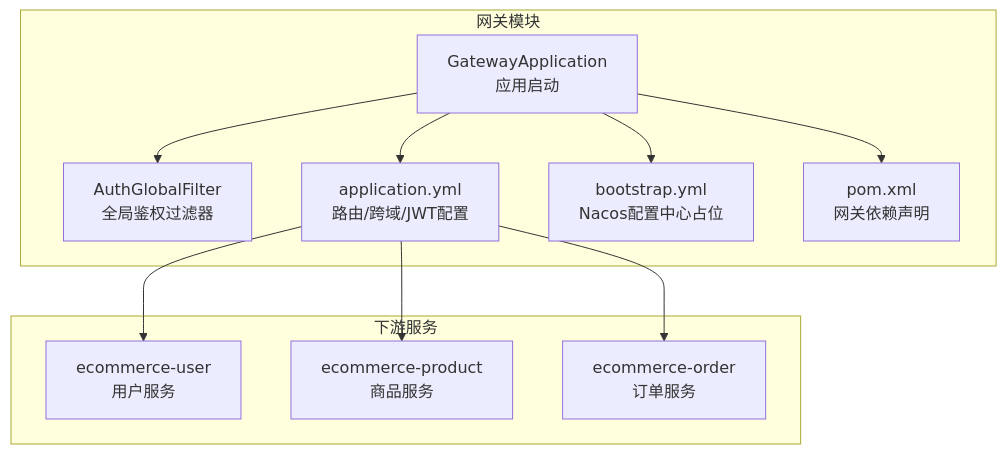
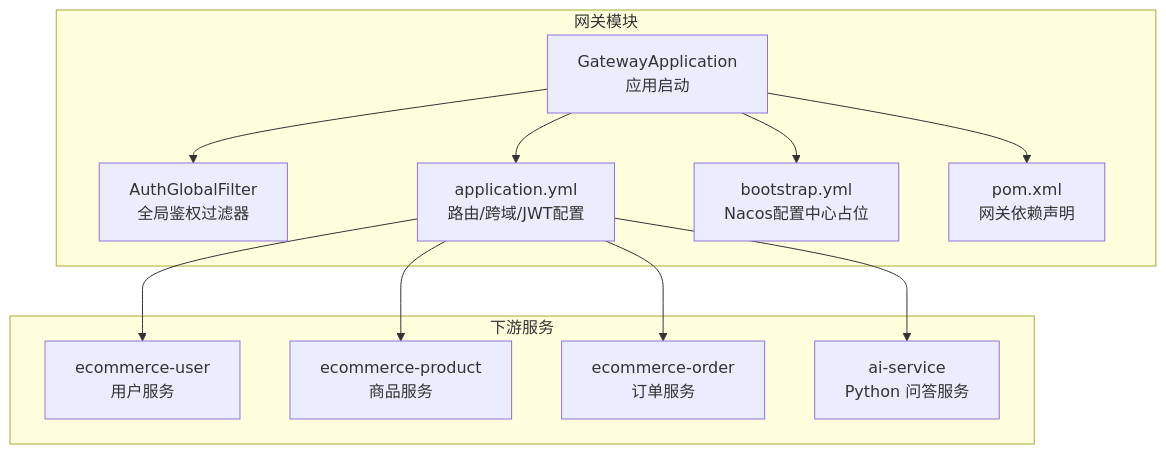
Before and after one commit to haohailiang/qoder-fullstack: the first of 6 diagrams in .qoder/repowiki/zh/content/后端架构设计/API网关.md, drawn with Mermaid. The commit also changed other lines of this file and 33 other files, not shown here.

````diff
--- a/.qoder/repowiki/zh/content/后端架构设计/API网关.md
+++ b/.qoder/repowiki/zh/content/后端架构设计/API网关.md
@@ -31,22 +32,24 @@
 ```mermaid
 graph TB
 subgraph "网关模块"
 GA["GatewayApplication<br/>应用启动"]
 AF["AuthGlobalFilter<br/>全局鉴权过滤器"]
 CFG["application.yml<br/>路由/跨域/JWT配置"]
 BOOT["bootstrap.yml<br/>Nacos配置中心占位"]
 POM["pom.xml<br/>网关依赖声明"]
 end
 subgraph "下游服务"
 USER["ecommerce-user<br/>用户服务"]
 PRODUCT["ecommerce-product<br/>商品服务"]
 ORDER["ecommerce-order<br/>订单服务"]
+AI["ai-service<br/>Python 问答服务"]
 end
 GA --> AF
 GA --> CFG
 GA --> BOOT
 GA --> POM
 CFG --> USER
 CFG --> PRODUCT
 CFG --> ORDER
+CFG --> AI
 ```
````
